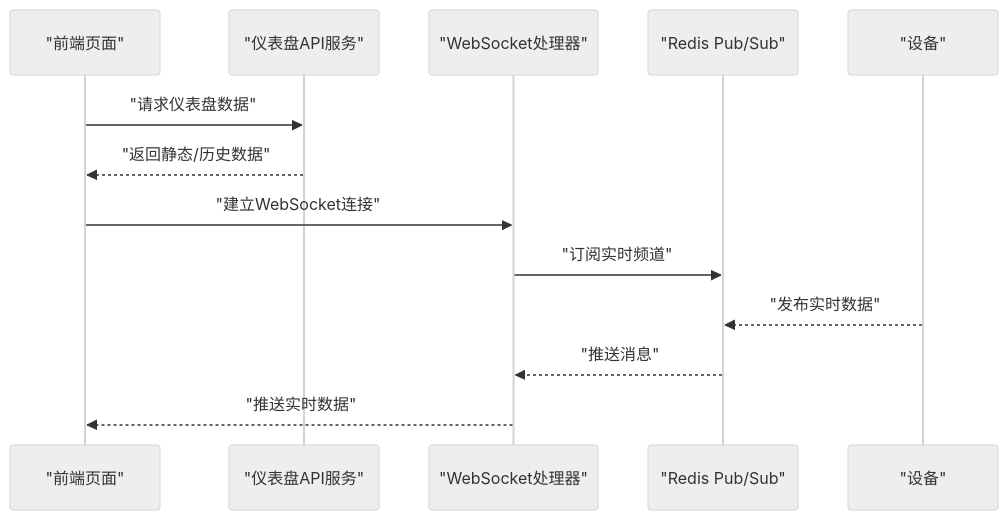
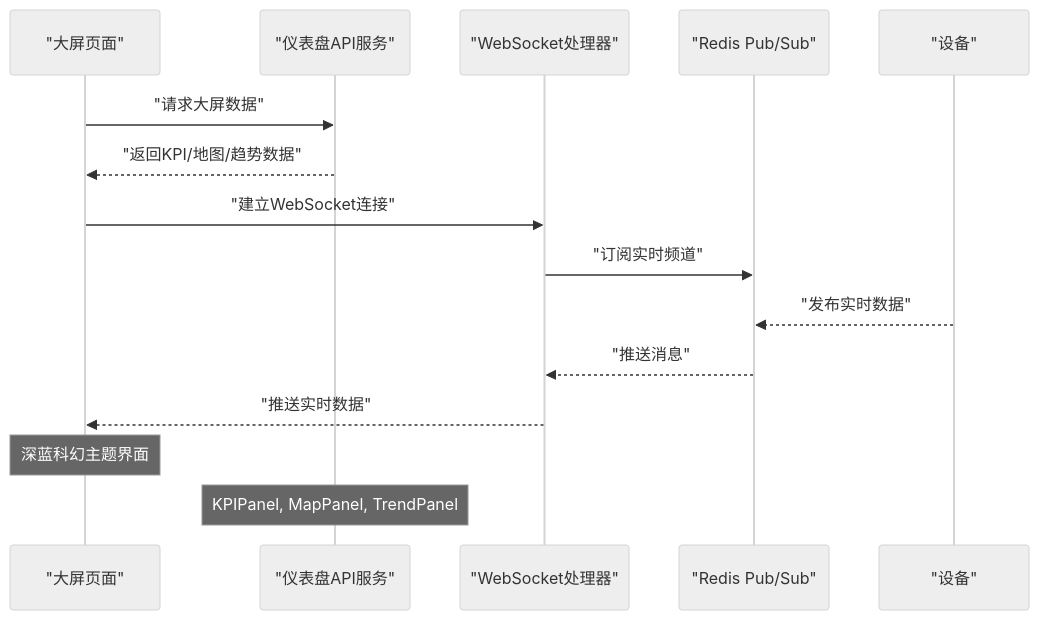
Before and after one commit to mcmrzy/cs_inv_monitor-develop: the second of 5 diagrams in .qoder/repowiki/zh/content/移动端应用/仪表盘模块.md, drawn with Mermaid (neutral theme). The commit also changed other lines of this file and 28 other files, not shown here.

````diff
--- a/.qoder/repowiki/zh/content/移动端应用/仪表盘模块.md
+++ b/.qoder/repowiki/zh/content/移动端应用/仪表盘模块.md
@@ -100,15 +118,17 @@
 ```mermaid
 sequenceDiagram
-participant FE as "前端页面"
+participant FE as "大屏页面"
 participant API as "仪表盘API服务"
 participant WS as "WebSocket处理器"
 participant PUBSUB as "Redis Pub/Sub"
 participant DEV as "设备"
-FE->>API : "请求仪表盘数据"
-API-->>FE : "返回静态/历史数据"
+FE->>API : "请求大屏数据"
+API-->>FE : "返回KPI/地图/趋势数据"
 FE->>WS : "建立WebSocket连接"
 WS->>PUBSUB : "订阅实时频道"
 DEV-->>PUBSUB : "发布实时数据"
 PUBSUB-->>WS : "推送消息"
 WS-->>FE : "推送实时数据"
+Note over FE : 深蓝科幻主题界面
+Note over API : KPIPanel, MapPanel, TrendPanel
 ```
````
